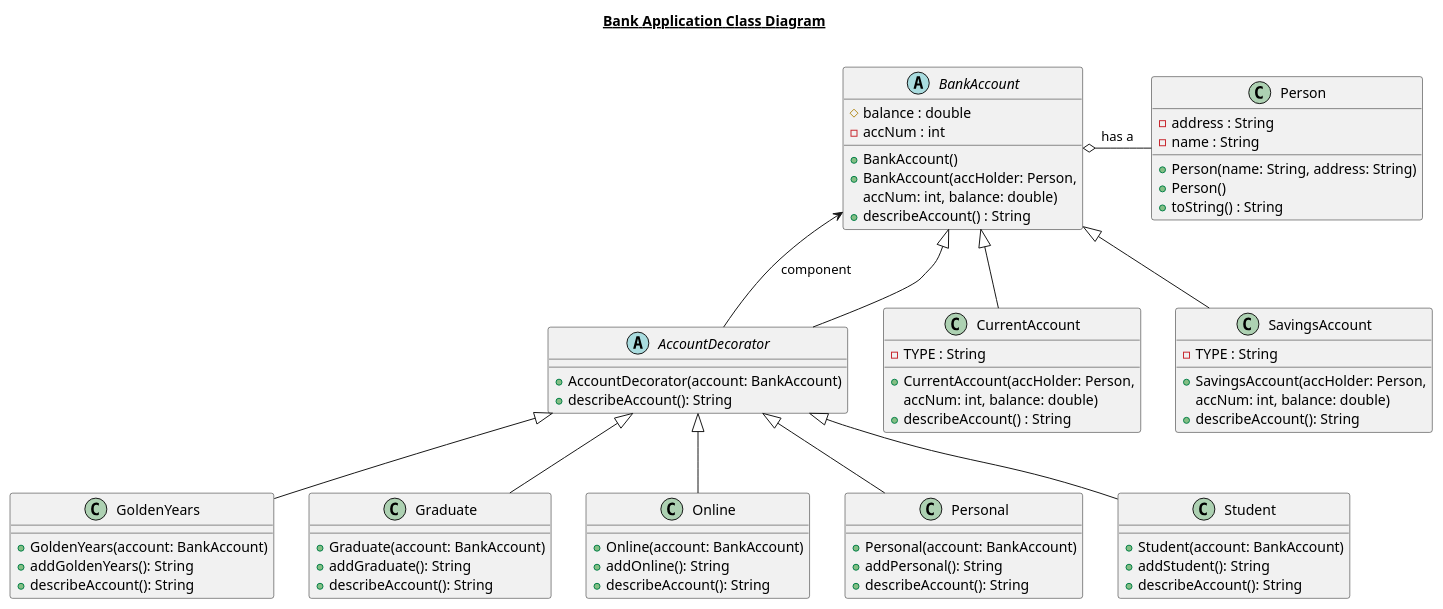
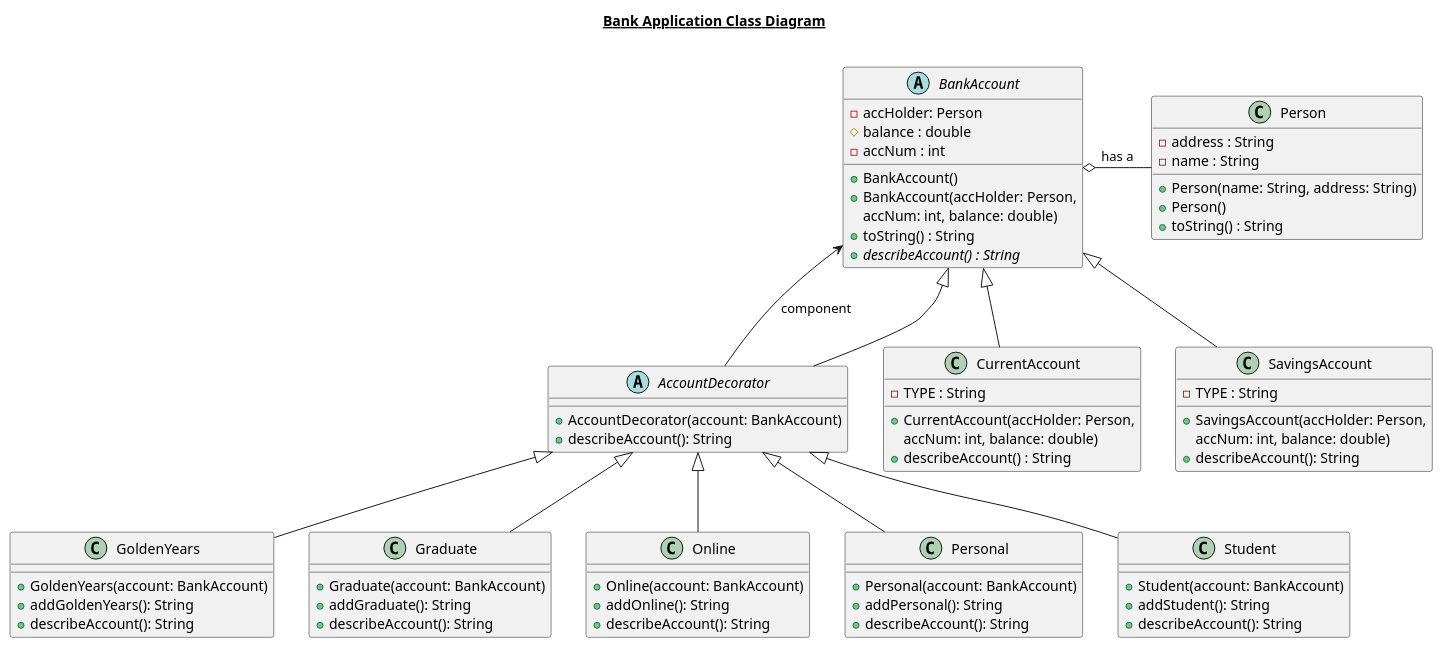
The diagram in PlantUMLDiagrams/AfterDecoratorPattern.puml (GraceOSullivan/SoftwareDesignPatterns), drawn with PlantUML before and after one commit. The commit also changed 7 other files, not shown here.

Commit message:
Updating UML class diagrams to show describeAccount() as abstract method. Also improving driver format for word document

```diff
--- a/PlantUMLDiagrams/AfterDecoratorPattern.puml
+++ b/PlantUMLDiagrams/AfterDecoratorPattern.puml
@@ -1,82 +1,84 @@
 @startuml
 
 title __Bank Application Class Diagram__\n
 
 abstract class AccountDecorator {
     + AccountDecorator(account: BankAccount)
     + describeAccount(): String
 }
 
 abstract class BankAccount {
+    - accHolder: Person
     # balance : double
     - accNum : int
     + BankAccount()
     + BankAccount(accHolder: Person,
     accNum: int, balance: double)
-    + describeAccount() : String
+    + toString() : String
+    {abstract} + describeAccount() : String
  }
 
  class CurrentAccount {
     - TYPE : String
     + CurrentAccount(accHolder: Person,
     accNum: int, balance: double)
     + describeAccount() : String
  }
 
  class GoldenYears {
     + GoldenYears(account: BankAccount)
     + addGoldenYears(): String
     + describeAccount(): String
  }
 
  class Graduate {
     + Graduate(account: BankAccount)
     + addGraduate(): String
     + describeAccount(): String
  }
 
  class Online {
     + Online(account: BankAccount)
     + addOnline(): String
     + describeAccount(): String
  }
 
  class Person {
     - address : String
     - name : String
     + Person(name: String, address: String)
     + Person()
     + toString() : String
  }
 
  class Personal {
     + Personal(account: BankAccount)
     + addPersonal(): String
     + describeAccount(): String
  }
 
  class SavingsAccount {
     - TYPE : String
     + SavingsAccount(accHolder: Person,
     accNum: int, balance: double)
     + describeAccount(): String
  }
 
  class Student {
     + Student(account: BankAccount)
     + addStudent(): String
     + describeAccount(): String
 }
 
   BankAccount o-right- Person : has a
   BankAccount <-- AccountDecorator : component\t\t\t
   AccountDecorator -up-|> BankAccount
   CurrentAccount -up-|> BankAccount
   SavingsAccount -up-|> BankAccount
   GoldenYears -up-|> AccountDecorator
   Graduate -up-|> AccountDecorator
   Online -up-|> AccountDecorator
   Personal -up-|> AccountDecorator
   Student -up-|> AccountDecorator
 
 @enduml
```
